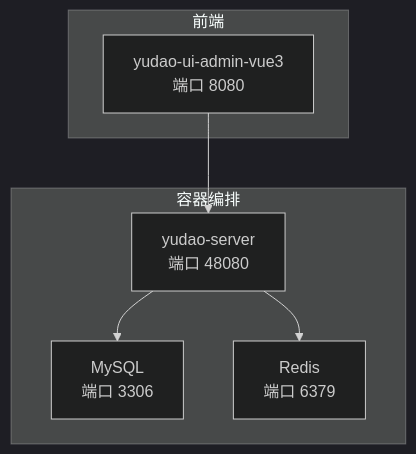
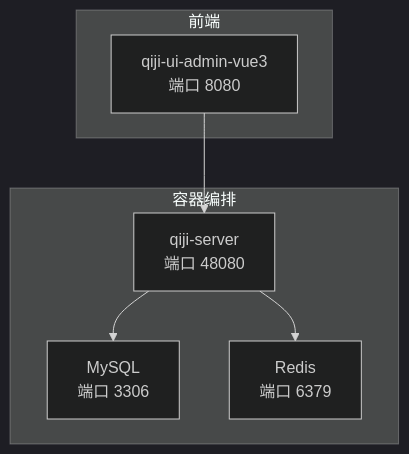
The first of 5 diagrams in backend/.qoder/repowiki/zh/content/部署与运维/运维管理.md (zhuangpengLI/AgenticCPS), drawn with Mermaid (dark theme) before and after one commit. The commit also changed other lines of this file and 3489 other files, not shown here.

````diff
--- a/backend/.qoder/repowiki/zh/content/部署与运维/运维管理.md
+++ b/backend/.qoder/repowiki/zh/content/部署与运维/运维管理.md
@@ -40,14 +40,14 @@
 ```mermaid
 graph TB
 subgraph "容器编排"
-S["yudao-server<br/>端口 48080"]
+S["qiji-server<br/>端口 48080"]
 M["MySQL<br/>端口 3306"]
 R["Redis<br/>端口 6379"]
 end
 subgraph "前端"
-A["yudao-ui-admin-vue3<br/>端口 8080"]
+A["qiji-ui-admin-vue3<br/>端口 8080"]
 end
 A --> S
 S --> M
 S --> R
 ```
````
